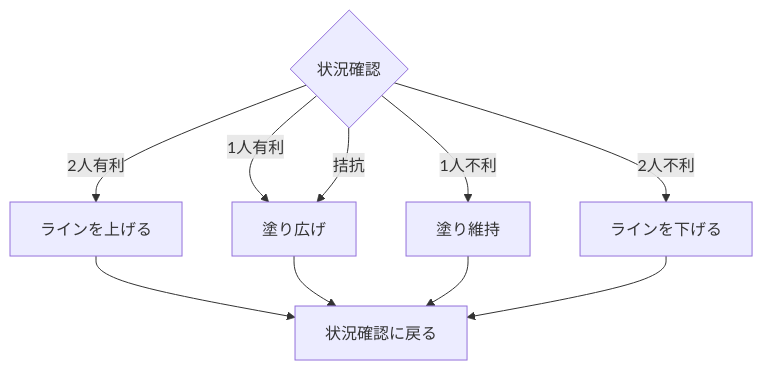
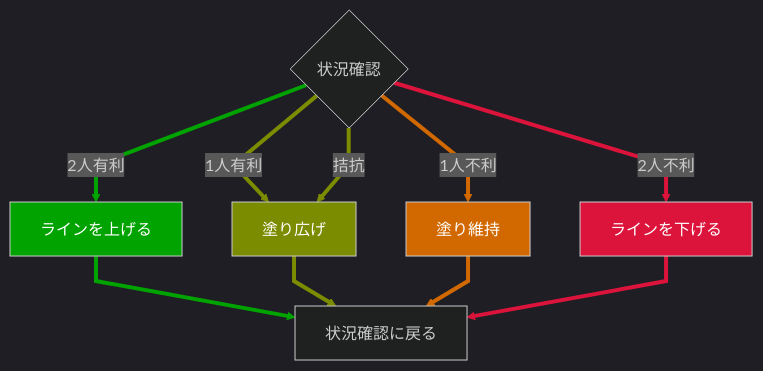
The diagram in splatoon3/memo-HeavySplatling.md (kotaoue/gamemo), drawn with Mermaid before and after one commit.

Commit message:
docs: フローチャートに色つける

````diff
--- a/splatoon3/memo-HeavySplatling.md
+++ b/splatoon3/memo-HeavySplatling.md
@@ -29,14 +29,36 @@
 ```mermaid
+%%{ init: { 'theme':'dark', 'flowchart': { 'curve': 'linear' } } }%%
 graph TB
   if_weigh_pros_cons{状況確認}
   if_weigh_pros_cons--2人有利-->action_push
   if_weigh_pros_cons--1人有利-->action_paint
   if_weigh_pros_cons--拮抗-->action_paint
   if_weigh_pros_cons--1人不利-->action_stay
   if_weigh_pros_cons--2人不利-->action_pull
   action_push[ラインを上げる]-->action_return
   action_paint[塗り広げ]-->action_return
   action_stay[塗り維持]-->action_return
   action_pull[ラインを下げる]-->action_return
   action_return[状況確認に戻る]
+
+  %% 2人有利
+  style action_push color:#ffffff,fill:#00a300
+  linkStyle 0 stroke-width:4px,stroke:#00a300
+  linkStyle 5 stroke-width:4px,stroke:#00a300
+
+  %% 1人有利
+  style action_paint color:#ffffff,fill:#7b8c00
+  linkStyle 1 stroke-width:4px,stroke:#7b8c00
+  linkStyle 2 stroke-width:4px,stroke:#7b8c00
+  linkStyle 6 stroke-width:4px,stroke:#7b8c00
+
+  %% 1人不利
+  style action_stay color:#ffffff,fill:#d26900
+  linkStyle 3 stroke-width:4px,stroke:#d26900
+  linkStyle 7 stroke-width:4px,stroke:#d26900
+
+  %% 2人不利
+  style action_pull color:#ffffff,fill:#dc143c
+  linkStyle 4 stroke-width:4px,stroke:#dc143c
+  linkStyle 8 stroke-width:4px,stroke:#dc143c
 ```
````
